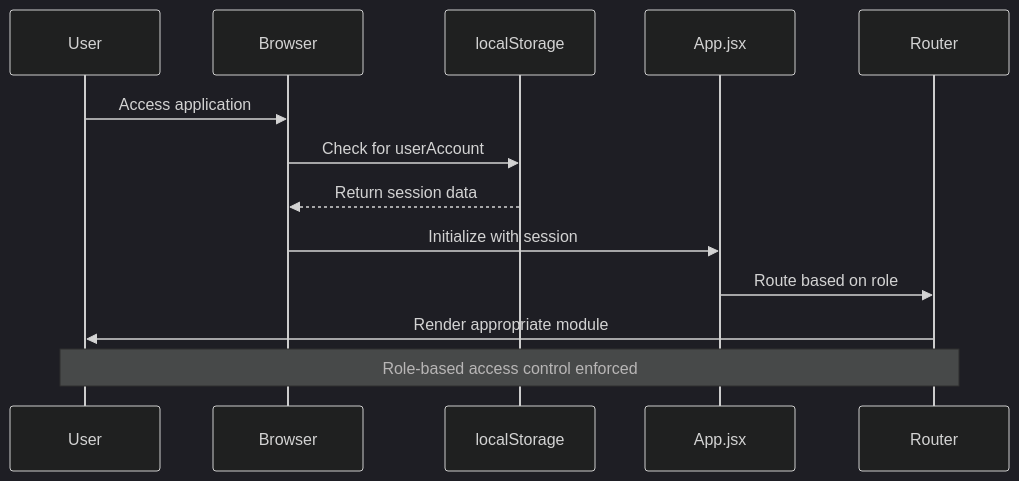
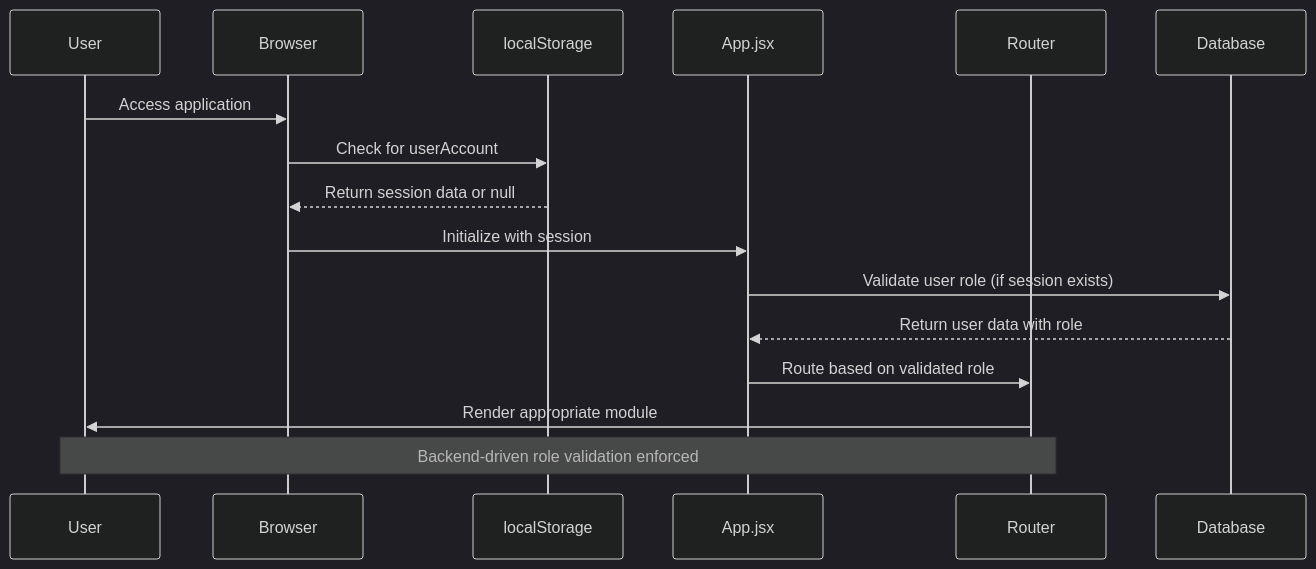
Before and after one commit to Qhojoblinks-7/BOL-TAS: the second of 3 diagrams in SYSTEM_ARCHITECTURE.md, drawn with Mermaid (dark theme). The commit also changed 4 other files, not shown here.

First line of the commit message:
feat(auth): implement admin-controlled role assignment and role-based redirection

````diff
--- a/SYSTEM_ARCHITECTURE.md
+++ b/SYSTEM_ARCHITECTURE.md
@@ -61,17 +61,20 @@
 ```mermaid
 sequenceDiagram
     participant U as User
     participant B as Browser
     participant LS as localStorage
     participant A as App.jsx
     participant R as Router
+    participant DB as Database
 
     U->>B: Access application
     B->>LS: Check for userAccount
-    LS-->>B: Return session data
+    LS-->>B: Return session data or null
     B->>A: Initialize with session
-    A->>R: Route based on role
+    A->>DB: Validate user role (if session exists)
+    DB-->>A: Return user data with role
+    A->>R: Route based on validated role
     R->>U: Render appropriate module
 
-    Note over U,R: Role-based access control enforced
+    Note over U,R: Backend-driven role validation enforced
 ```
````
